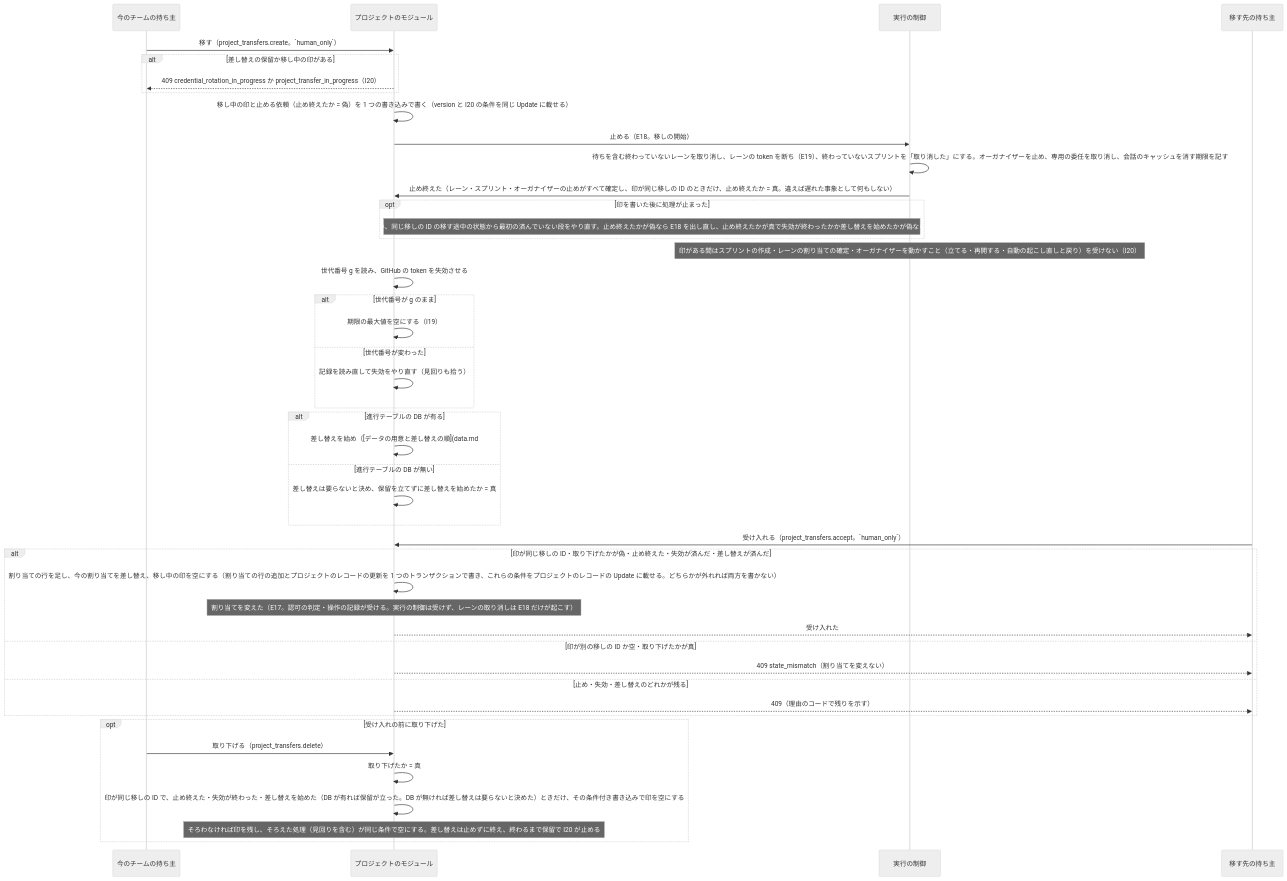
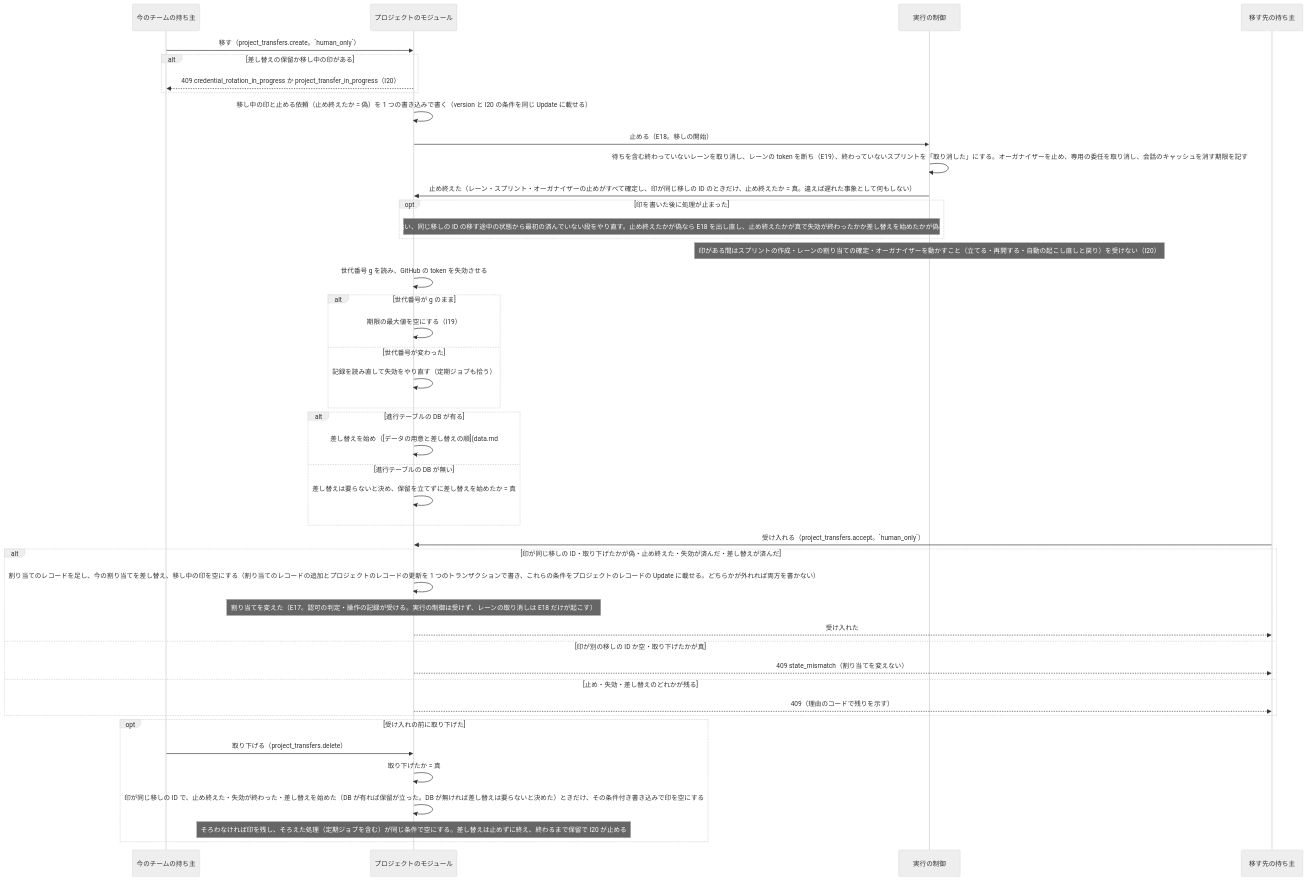
The diagram in docs/design/overview.md (devbasex/nd-factory), drawn with Mermaid (neutral theme) before and after one commit. The commit also changed other lines of this file and 8 other files, not shown here.

````diff
--- a/docs/design/overview.md
+++ b/docs/design/overview.md
@@ -269,46 +269,46 @@
 ```mermaid
 sequenceDiagram
     participant O as 今のチームの持ち主
     participant P as プロジェクトのモジュール
     participant X as 実行の制御
     participant T as 移す先の持ち主
     O->>P: 移す（project_transfers.create。`human_only`）
     alt 差し替えの保留か移し中の印がある
         P-->>O: 409 credential_rotation_in_progress か project_transfer_in_progress（I20）
     end
     P->>P: 移し中の印と止める依頼（止め終えたか = 偽）を 1 つの書き込みで書く（version と I20 の条件を同じ Update に載せる）
     P->>X: 止める（E18。移しの開始）
     X->>X: 待ちを含む終わっていないレーンを取り消し、レーンの token を断ち（E19）、終わっていないスプリントを「取り消した」にする。オーガナイザーを止め、専用の委任を取り消し、会話のキャッシュを消す期限を記す
     X->>P: 止め終えた（レーン・スプリント・オーガナイザーの止めがすべて確定し、印が同じ移しの ID のときだけ、止め終えたか = 真。違えば遅れた事象として何もしない）
     opt 印を書いた後に処理が止まった
-        Note over P,X: 見回りが印のあるプロジェクトを拾い、同じ移しの ID の移す途中の状態から最初の済んでいない段をやり直す。止め終えたかが偽なら E18 を出し直し、止め終えたかが真で失効が終わったかか差し替えを始めたかが偽なら、失効か差し替えの開始を出し直す
+        Note over P,X: 定期ジョブが印のあるプロジェクトを拾い、同じ移しの ID の移す途中の状態から最初の済んでいない段をやり直す。止め終えたかが偽なら E18 を出し直し、止め終えたかが真で失効が終わったかか差し替えを始めたかが偽なら、失効か差し替えの開始を出し直す
     end
     Note over X: 印がある間はスプリントの作成・レーンの割り当ての確定・オーガナイザーを動かすこと（立てる・再開する・自動の起こし直しと戻り）を受けない（I20）
     P->>P: 世代番号 g を読み、GitHub の token を失効させる
     alt 世代番号が g のまま
         P->>P: 期限の最大値を空にする（I19）
     else 世代番号が変わった
-        P->>P: 記録を読み直して失効をやり直す（見回りも拾う）
+        P->>P: 記録を読み直して失効をやり直す（定期ジョブも拾う）
     end
     alt 進行テーブルの DB が有る
         P->>P: 差し替えを始め（[データの用意と差し替えの順](data.md#用意と差し替えの順)。保留を立てる）、同じ書き込みで差し替えを始めたか = 真
     else 進行テーブルの DB が無い
         P->>P: 差し替えは要らないと決め、保留を立てずに差し替えを始めたか = 真
     end
     T->>P: 受け入れる（project_transfers.accept。`human_only`）
     alt 印が同じ移しの ID・取り下げたかが偽・止め終えた・失効が済んだ・差し替えが済んだ
-        P->>P: 割り当ての行を足し、今の割り当てを差し替え、移し中の印を空にする（割り当ての行の追加とプロジェクトのレコードの更新を 1 つのトランザクションで書き、これらの条件をプロジェクトのレコードの Update に載せる。どちらかが外れれば両方を書かない）
+        P->>P: 割り当てのレコードを足し、今の割り当てを差し替え、移し中の印を空にする（割り当てのレコードの追加とプロジェクトのレコードの更新を 1 つのトランザクションで書き、これらの条件をプロジェクトのレコードの Update に載せる。どちらかが外れれば両方を書かない）
         Note over P: 割り当てを変えた（E17。認可の判定・操作の記録が受ける。実行の制御は受けず、レーンの取り消しは E18 だけが起こす）
         P-->>T: 受け入れた
     else 印が別の移しの ID か空・取り下げたかが真
         P-->>T: 409 state_mismatch（割り当てを変えない）
     else 止め・失効・差し替えのどれかが残る
         P-->>T: 409（理由のコードで残りを示す）
     end
     opt 受け入れの前に取り下げた
         O->>P: 取り下げる（project_transfers.delete）
         P->>P: 取り下げたか = 真
         P->>P: 印が同じ移しの ID で、止め終えた・失効が終わった・差し替えを始めた（DB が有れば保留が立った。DB が無ければ差し替えは要らないと決めた）ときだけ、その条件付き書き込みで印を空にする
-        Note over P: そろわなければ印を残し、そろえた処理（見回りを含む）が同じ条件で空にする。差し替えは止めずに終え、終わるまで保留で I20 が止める
+        Note over P: そろわなければ印を残し、そろえた処理（定期ジョブを含む）が同じ条件で空にする。差し替えは止めずに終え、終わるまで保留で I20 が止める
     end
 ```
````
